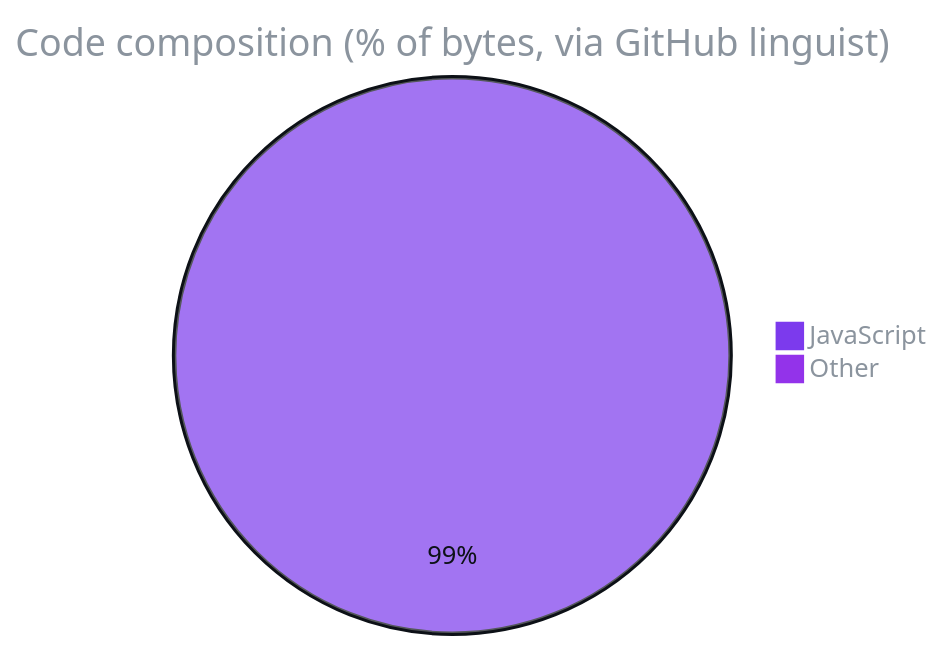
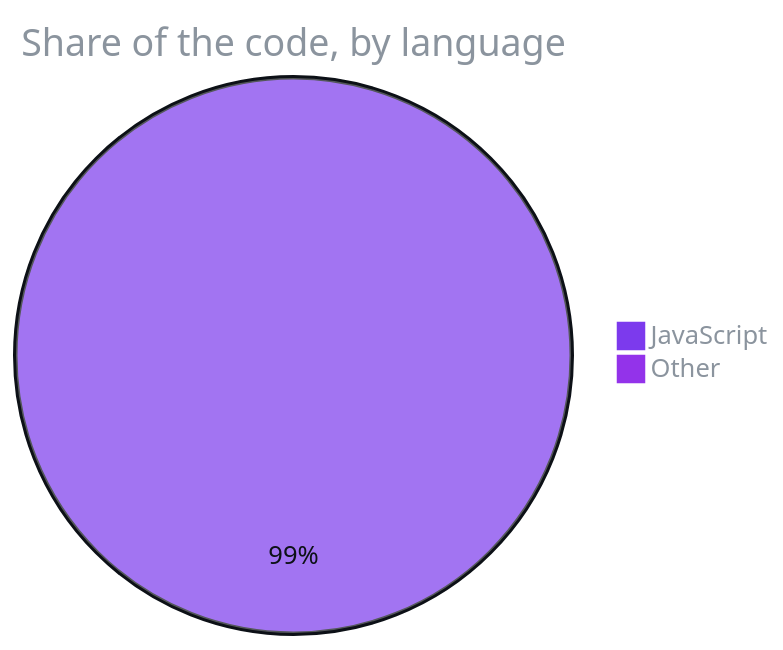
The second of 2 diagrams in README.md (F0rger123/SimplyClean-CRM), drawn with Mermaid before and after one commit. The commit also changed other lines of this file and 2 other files, not shown here.

First line of the commit message:
docs: plain-English diagrams and an AI guide for pasted links [skip ci]

````diff
--- a/README.md
+++ b/README.md
@@ -102,6 +105,6 @@
 ```mermaid
 %%{init: {'theme':'base','themeVariables':{'pie1':'#7c3aed','pie2':'#9333ea','pie3':'#64748b','pie4':'#94a3b8','pie5':'#475569','pie6':'#cbd5e1','pie7':'#334155','pieStrokeColor':'#0d1117','pieOuterStrokeColor':'#0d1117','pieTitleTextColor':'#8b949e','pieLegendTextColor':'#8b949e','pieSectionTextColor':'#0d1117'}}}%%
-pie title Code composition (% of bytes, via GitHub linguist)
+pie title Share of the code, by language
     "JavaScript" : 99.3
     "Other" : 0.7
 ```
````
